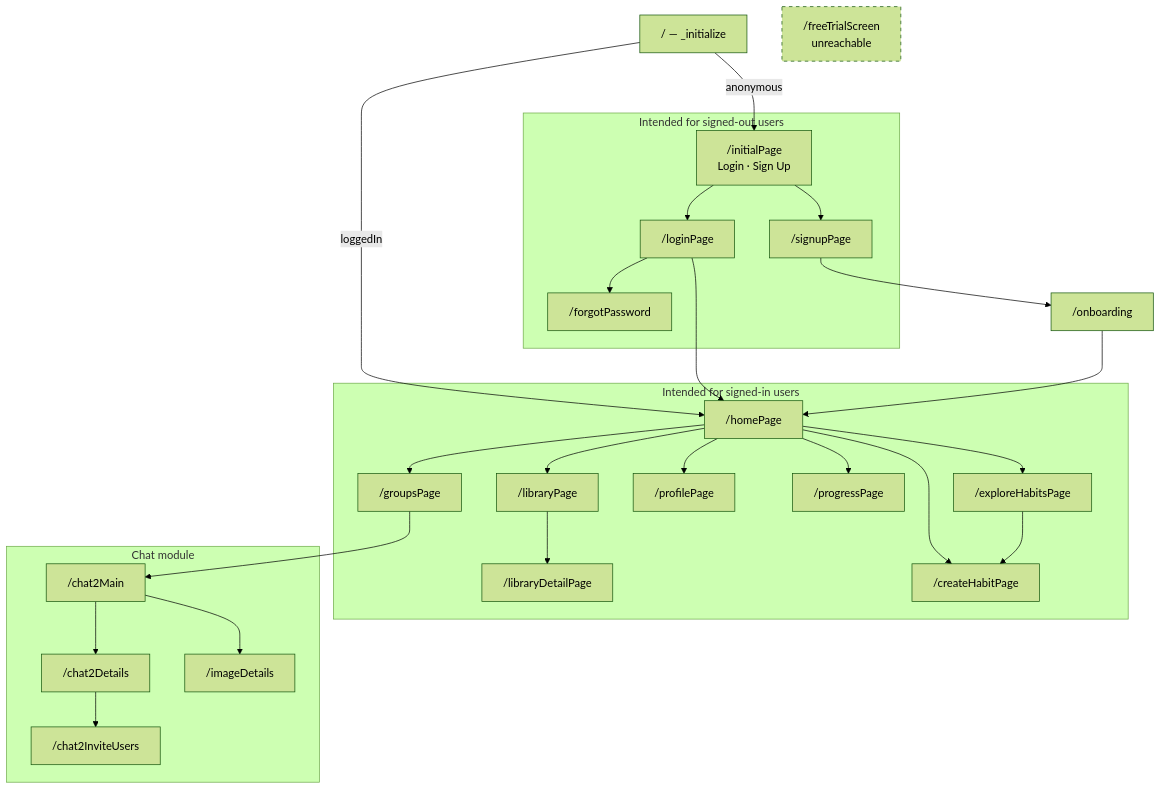
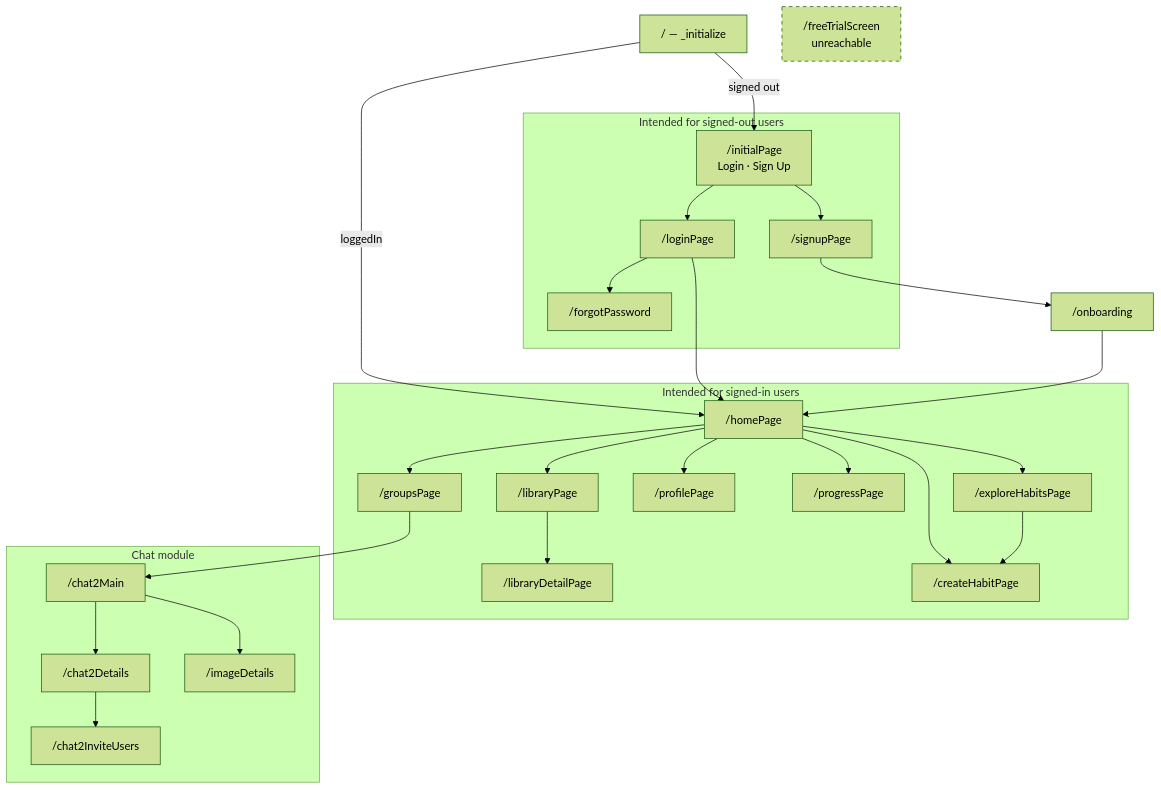
Before and after one commit to Mark-lichman/HabitCrafts: the diagram in docs/architecture/03-navigation.md, drawn with Mermaid (forest theme). The commit also changed other lines of this file and 4 other files, not shown here.

````diff
--- a/docs/architecture/03-navigation.md
+++ b/docs/architecture/03-navigation.md
@@ -6,56 +6,56 @@
 ```mermaid
 flowchart TD
     ROOT["/ — _initialize"]
     ROOT -->|"loggedIn"| HOME
-    ROOT -->|"anonymous"| INIT
+    ROOT -->|"signed out"| INIT
 
     subgraph unauth["Intended for signed-out users"]
         INIT["/initialPage<br/>Login · Sign Up"]
         LOGIN["/loginPage"]
         SIGNUP["/signupPage"]
         FORGOT["/forgotPassword"]
     end
 
     INIT --> LOGIN
     INIT --> SIGNUP
     LOGIN --> FORGOT
     LOGIN --> HOME
     SIGNUP --> ONBOARD["/onboarding"]
     ONBOARD --> HOME
 
     subgraph app["Intended for signed-in users"]
         HOME["/homePage"]
         GROUPS["/groupsPage"]
         LIB["/libraryPage"]
         LIBD["/libraryDetailPage"]
         PROF["/profilePage"]
         PROG["/progressPage"]
         EXPLORE["/exploreHabitsPage"]
         CREATE["/createHabitPage"]
     end
 
     HOME --> GROUPS
     HOME --> LIB
     HOME --> PROG
     HOME --> PROF
     HOME --> CREATE
     HOME --> EXPLORE
     LIB --> LIBD
     EXPLORE --> CREATE
 
     subgraph chat["Chat module"]
         C2M["/chat2Main"]
         C2D["/chat2Details"]
         C2I["/chat2InviteUsers"]
         IMG["/imageDetails"]
     end
 
     GROUPS --> C2M
     C2M --> C2D
     C2D --> C2I
     C2M --> IMG
 
     TRIAL["/freeTrialScreen<br/>unreachable"]
 
     style TRIAL stroke-dasharray: 5 5
 ```
````
